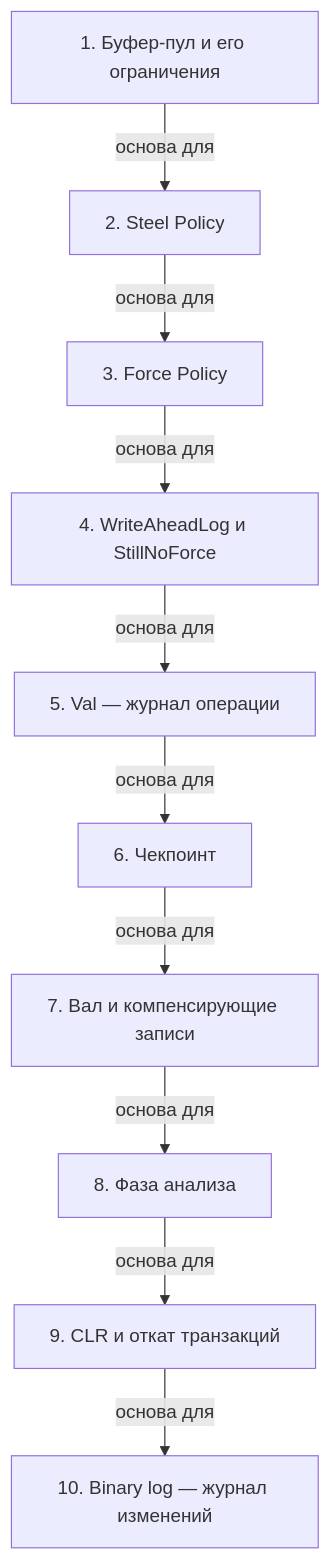
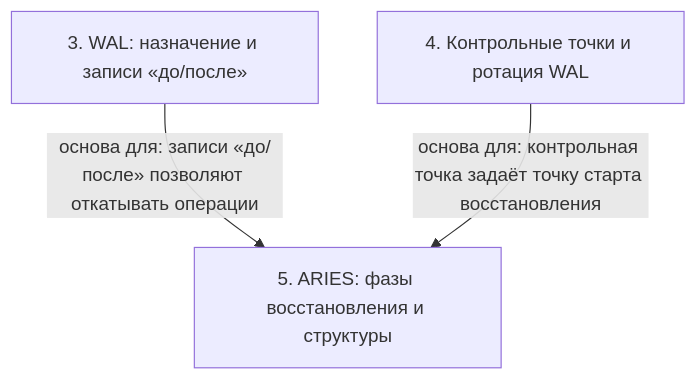
Before and after one commit to AsoloCode/notes: the diagram in SSL.BAND Систем Дизайн/03 - recovery/notes.md, drawn with Mermaid. The commit also changed other lines of this file and 391 other files, not shown here.

````diff
--- a/SSL.BAND Систем Дизайн/03 - recovery/notes.md
+++ b/SSL.BAND Систем Дизайн/03 - recovery/notes.md
@@ -126,22 +110,8 @@
 ```mermaid
 flowchart TD
-    n1["1. Буфер-пул и его ограничения"]
-    n2["2. Steel Policy"]
-    n3["3. Force Policy"]
-    n4["4. WriteAheadLog и StillNoForce"]
-    n5["5. Val — журнал операции"]
-    n6["6. Чекпоинт"]
-    n7["7. Вал и компенсирующие записи"]
-    n8["8. Фаза анализа"]
-    n9["9. CLR и откат транзакций"]
-    n10["10. Binary log — журнал изменений"]
-    n1 -->|основа для| n2
-    n2 -->|основа для| n3
-    n3 -->|основа для| n4
-    n4 -->|основа для| n5
-    n5 -->|основа для| n6
-    n6 -->|основа для| n7
-    n7 -->|основа для| n8
-    n8 -->|основа для| n9
-    n9 -->|основа для| n10
+    n3["3. WAL: назначение и записи «до/после»"]
+    n4["4. Контрольные точки и ротация WAL"]
+    n5["5. ARIES: фазы восстановления и структуры"]
+    n3 -->|основа для: записи «до/после» позволяют откатывать операции| n5
+    n4 -->|основа для: контрольная точка задаёт точку старта восстановления| n5
 ```
````
